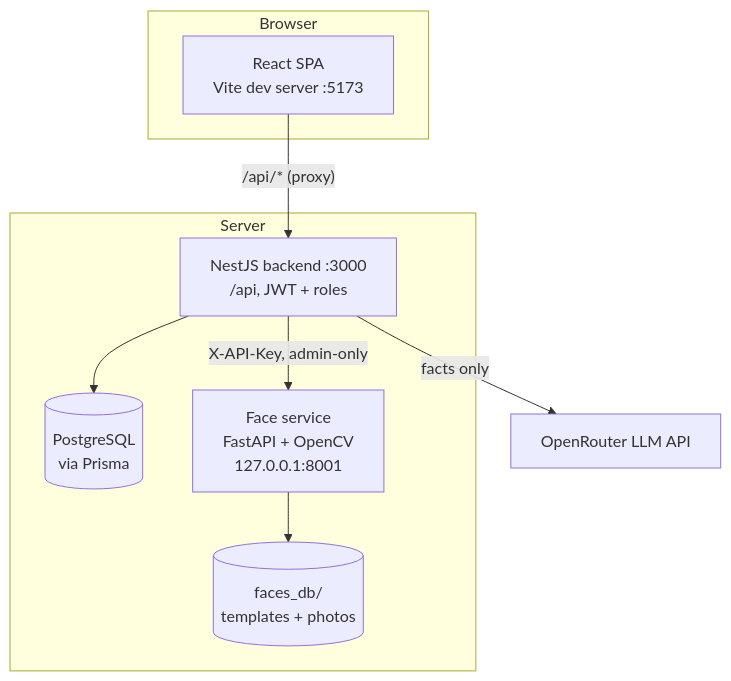
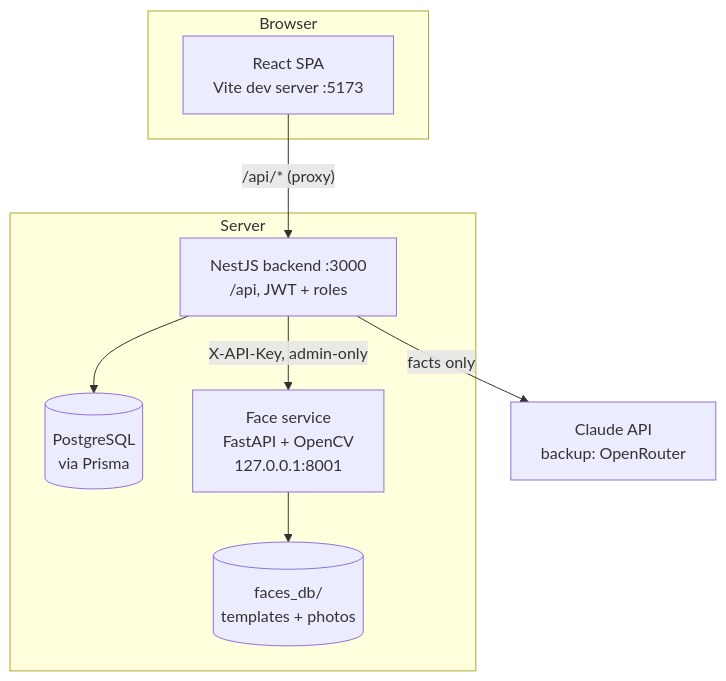
Before and after one commit to LovroNguyen/AI-Academic-Advisor: the second of 2 diagrams in README.md, drawn with Mermaid. The commit also changed other lines of this file and 20 other files, not shown here.

````diff
--- a/README.md
+++ b/README.md
@@ -74,19 +74,19 @@
 ```mermaid
 flowchart TB
     subgraph Browser
         UI[React SPA<br/>Vite dev server :5173]
     end
     subgraph Server
         API[NestJS backend :3000<br/>/api, JWT + roles]
         DB[(PostgreSQL<br/>via Prisma)]
         FACE[Face service<br/>FastAPI + OpenCV<br/>127.0.0.1:8001]
         FDB[(faces_db/<br/>templates + photos)]
     end
-    LLM[OpenRouter LLM API]
+    LLM[Claude API<br/>backup: OpenRouter]
 
     UI -- "/api/* (proxy)" --> API
     API --> DB
     API -- "X-API-Key, admin-only" --> FACE
     FACE --> FDB
     API -- "facts only" --> LLM
 ```
````
